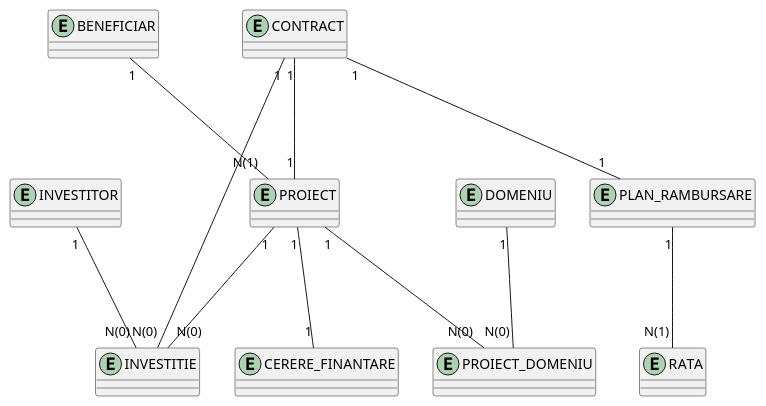
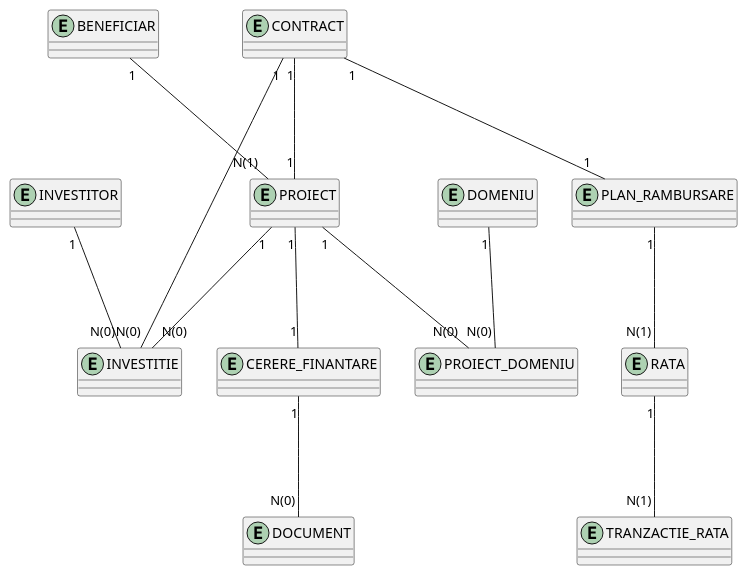
One commit to Andreea2505/Platfforma-Microfinantare changed the diagram in erd.puml. Above: the diagram before and after it, drawn with PlantUML.

```diff
--- a/erd.puml
+++ b/erd.puml
@@ -1,27 +1,32 @@
 @startuml microfinantare
 entity BENEFICIAR
 entity INVESTITOR
 entity PROIECT
 entity CERERE_FINANTARE
 entity CONTRACT
 entity INVESTITIE
 entity PLAN_RAMBURSARE
 entity RATA
 entity DOMENIU
 entity PROIECT_DOMENIU
+entity TRANZACTIE_RATA
+entity DOCUMENT 
 
 BENEFICIAR "1" --- "N(1)" PROIECT
 PROIECT "1" --- "1" CERERE_FINANTARE
 
 INVESTITOR "1" --- "N(0)" INVESTITIE
 PROIECT "1" --- "N(0)" INVESTITIE
 CONTRACT "1" --- "N(0)" INVESTITIE
 
 CONTRACT "1" --- "1" PLAN_RAMBURSARE
 CONTRACT "1" --- "1" PROIECT
 PLAN_RAMBURSARE "1" --- "N(1)" RATA
 
 PROIECT "1" --- "N(0)" PROIECT_DOMENIU
 DOMENIU "1" --- "N(0)" PROIECT_DOMENIU
 
+RATA "1" --- "N(1)" TRANZACTIE_RATA
+CERERE_FINANTARE "1" --- "N(0)" DOCUMENT
+
 @enduml
```
